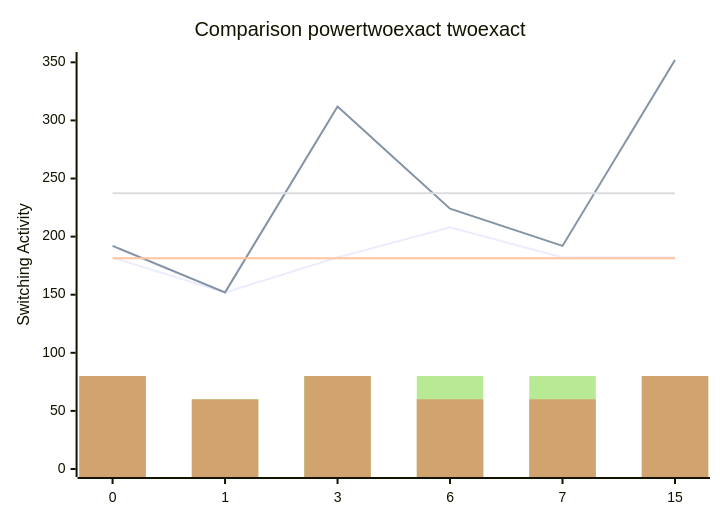
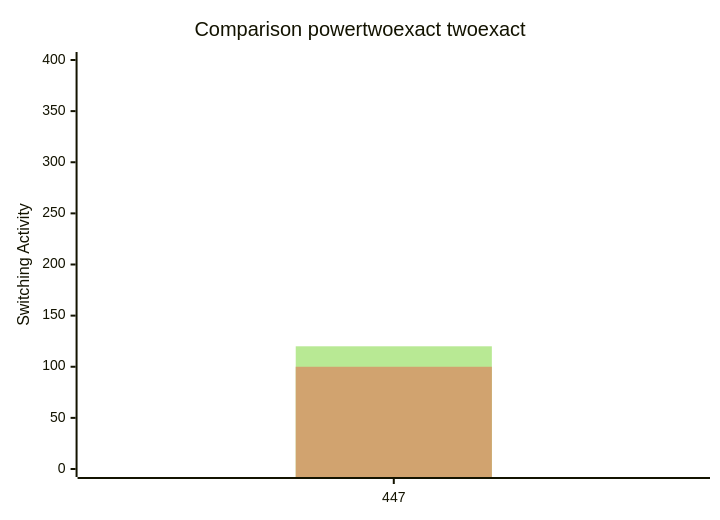
Before and after one commit to FeldmeierMichael/Exact-Power-Synthesis: the diagram in benchmark_opt2.md, drawn with Mermaid. The commit also changed other lines of this file, not shown here.

````diff
--- a/benchmark_opt2.md
+++ b/benchmark_opt2.md
@@ -13,12 +15,12 @@
 ```mermaid
 xychart-beta
     title "Comparison powertwoexact twoexact"
-    x-axis [0, 1, 3, 6, 7, 15]
-    y-axis "Switching Activity" 0-->352
-    line [182, 152, 182, 208, 182, 182]
-    line [192, 152, 312, 224, 192, 352]
-    line [181.33333333333334, 181.33333333333334, 181.33333333333334, 181.33333333333334, 181.33333333333334, 181.33333333333334]
-    line [237.33333333333334, 237.33333333333334, 237.33333333333334, 237.33333333333334, 237.33333333333334, 237.33333333333334]
-    bar [80, 60, 80, 80, 80, 80]
-    bar [80, 60, 80, 60, 60, 80]
+    x-axis [447]
+    y-axis "Switching Activity" 0-->400
+    line [392]
+    line [400]
+    line [392.0]
+    line [400.0]
+    bar [120]
+    bar [100]
 ```
````
